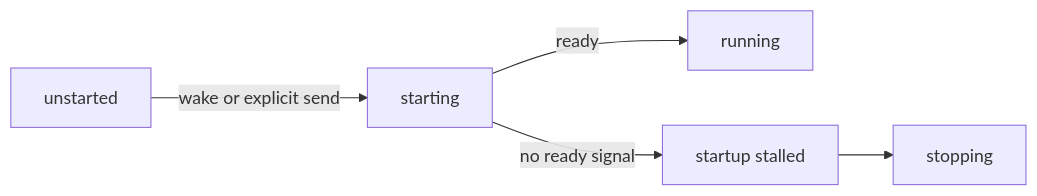
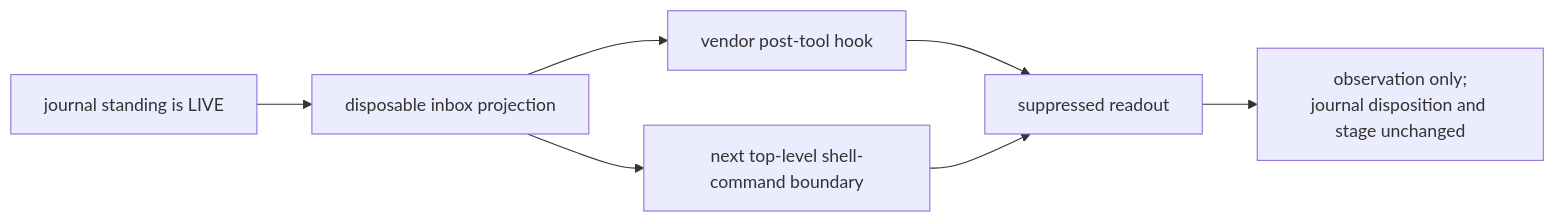
Before and after one commit to infimalabs/spice-rust: the tenth of 19 diagrams in docs/product/model/states.md, drawn with Mermaid. The commit also changed other lines of this file and 71 other files, not shown here.

````diff
--- a/docs/product/model/states.md
+++ b/docs/product/model/states.md
@@ -171,6 +225,9 @@
 ```mermaid
 flowchart LR
-  U["unstarted"] -->|"wake or explicit send"| S["starting"]
-  S -->|"ready"| R["running"]
-  S -->|"no ready signal"| SS["startup stalled"] --> Stop["stopping"]
+  J["journal standing is LIVE"] --> I["disposable inbox projection"]
+  I --> H["vendor post-tool hook"]
+  I --> S["next top-level shell-command boundary"]
+  H --> R["suppressed readout"]
+  S --> R
+  R --> O["observation only;<br/>journal disposition and stage unchanged"]
 ```
````
